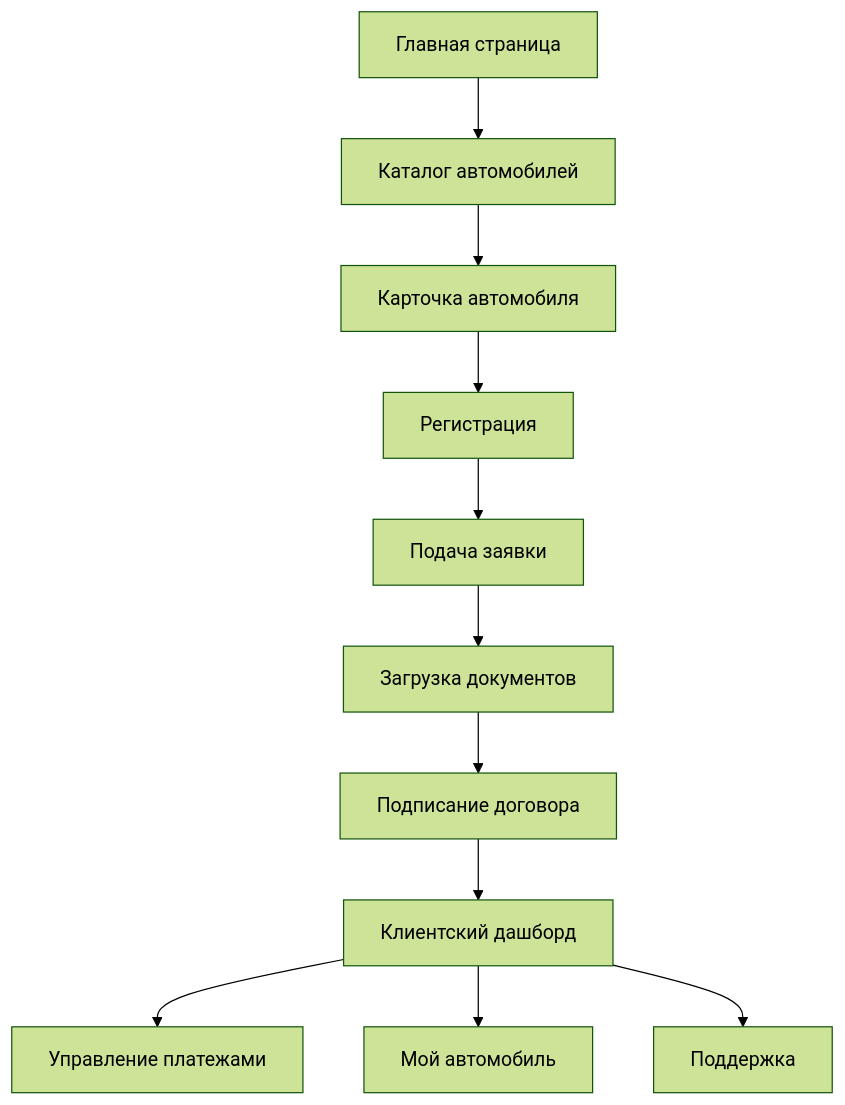
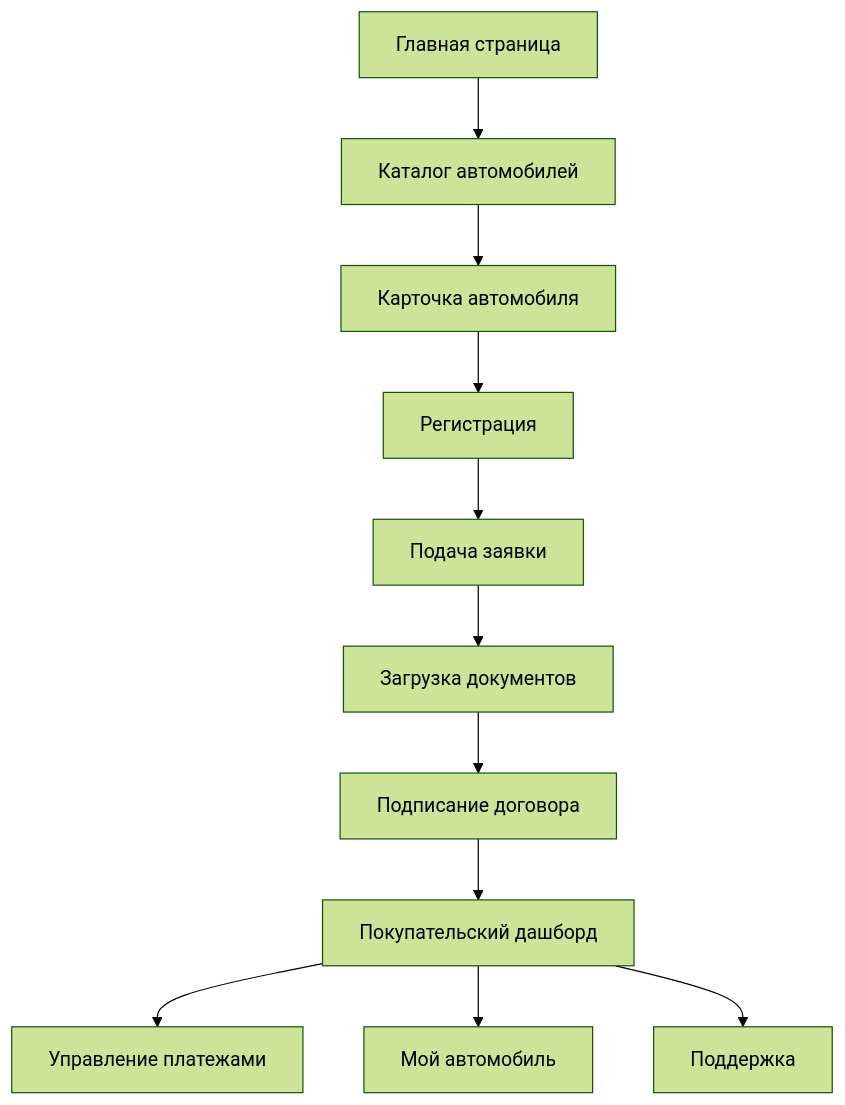
Before and after one commit to MagnumMax/fast-lease: the first of 3 diagrams in .trae/documents/fast-lease-product-requirements.md, drawn with Mermaid (forest theme). The commit also changed other lines of this file and 102 other files, not shown here.

````diff
--- a/.trae/documents/fast-lease-product-requirements.md
+++ b/.trae/documents/fast-lease-product-requirements.md
@@ -83,13 +83,13 @@
 ```mermaid
 graph TD
     A[Главная страница] --> B[Каталог автомобилей]
     B --> C[Карточка автомобиля]
     C --> D[Регистрация]
     D --> E[Подача заявки]
     E --> F[Загрузка документов]
     F --> G[Подписание договора]
-    G --> H[Клиентский дашборд]
+    G --> H[Покупательский дашборд]
     H --> I[Управление платежами]
     H --> J[Мой автомобиль]
     H --> K[Поддержка]
 ```
````
